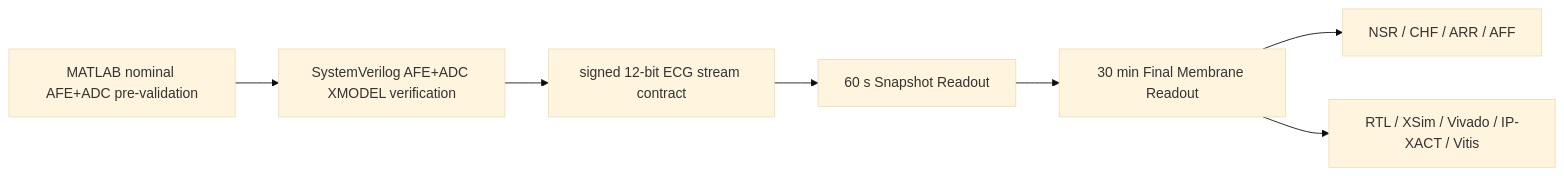
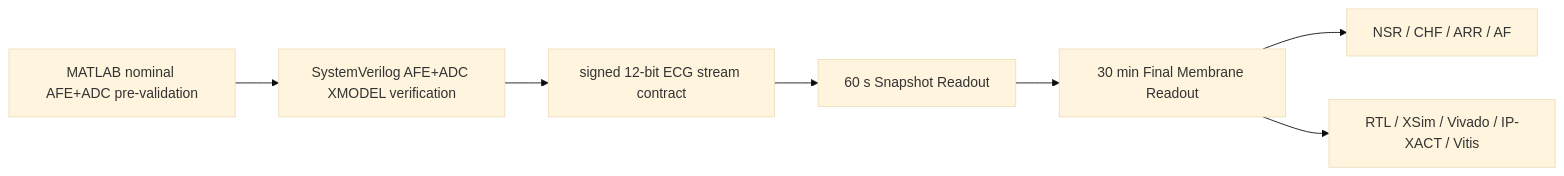
Before and after one commit to Sheep-gun/ECG-SoC-Integrated: the diagram in components/digital_accelerator/FINAL_REPORT_KR.md, drawn with Mermaid (base theme). The commit also changed other lines of this file and 626 other files, not shown here.

````diff
--- a/components/digital_accelerator/FINAL_REPORT_KR.md
+++ b/components/digital_accelerator/FINAL_REPORT_KR.md
@@ -28,9 +28,9 @@
 ```mermaid
 flowchart LR
     A["MATLAB nominal AFE+ADC pre-validation"] --> B["SystemVerilog AFE+ADC XMODEL verification"]
     B --> C["signed 12-bit ECG stream contract"]
     C --> D["60 s Snapshot Readout"]
     D --> E["30 min Final Membrane Readout"]
-    E --> F["NSR / CHF / ARR / AFF"]
+    E --> F["NSR / CHF / ARR / AF"]
     E --> G["RTL / XSim / Vivado / IP-XACT / Vitis"]
 ```
````
